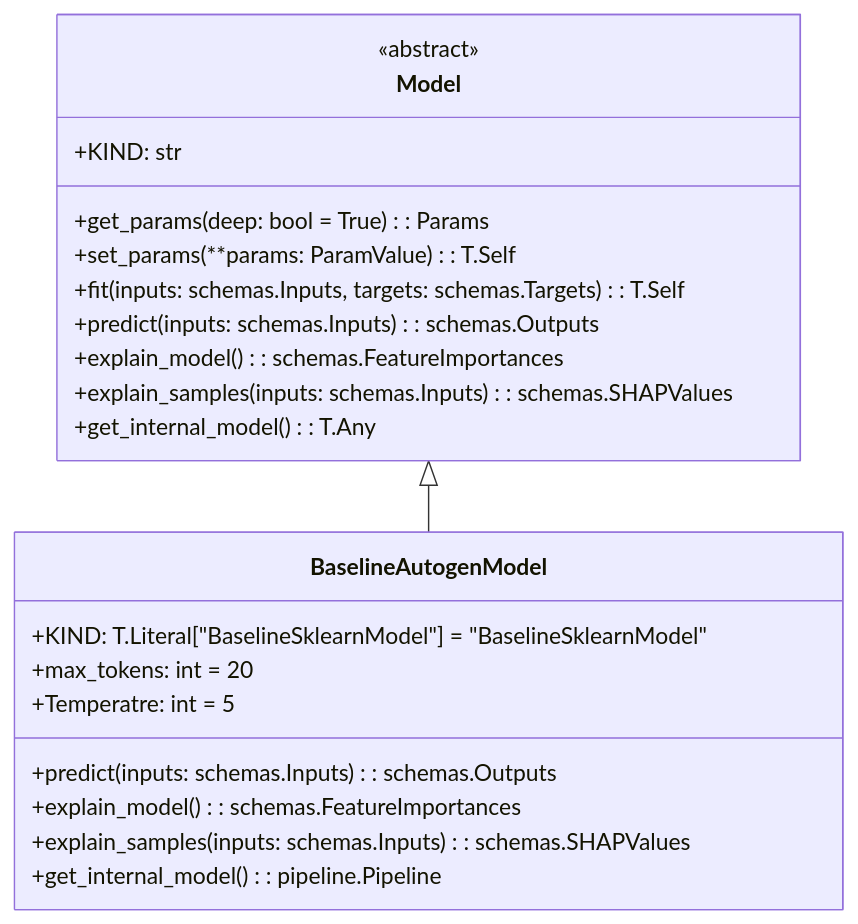
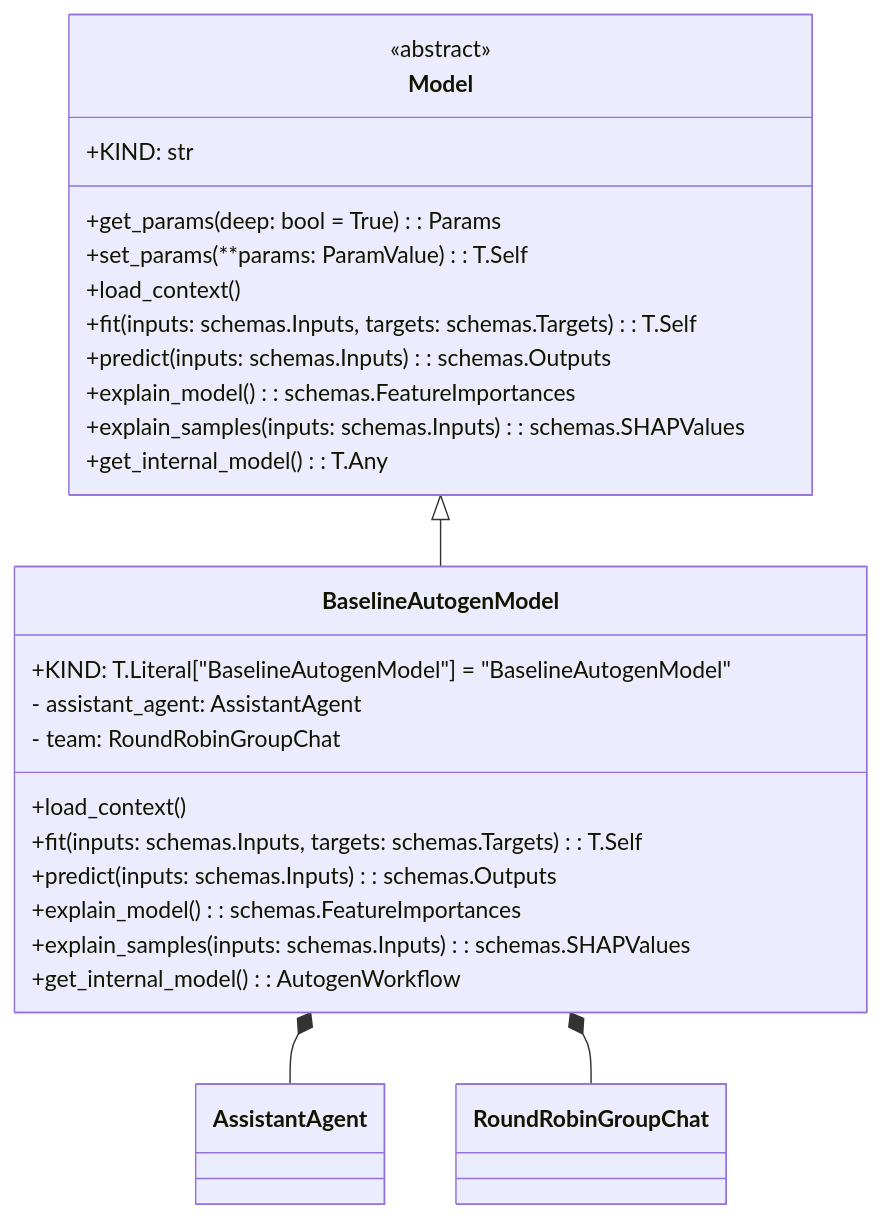
Before and after one commit to lgcorzo/llmops-python-package: the diagram in Documents/Models_stories.md, drawn with Mermaid. The commit also changed other lines of this file and 24 other files, not shown here.

Commit message:
feat: added autogen feature model

````diff
--- a/Documents/Models_stories.md
+++ b/Documents/Models_stories.md
@@ -14,30 +14,36 @@
 ```mermaid
 classDiagram
     %% Abstract Base Class
     class Model {
         <<abstract>>
         +KIND: str
         +get_params(deep: bool = True): Params
         +set_params(**params: ParamValue): T.Self
+        +load_context()
         +fit(inputs: schemas.Inputs, targets: schemas.Targets): T.Self
         +predict(inputs: schemas.Inputs): schemas.Outputs
         +explain_model(): schemas.FeatureImportances
         +explain_samples(inputs: schemas.Inputs): schemas.SHAPValues
         +get_internal_model(): T.Any
     }
 
     %% Derived Class
     class BaselineAutogenModel {
-        +KIND: T.Literal["BaselineSklearnModel"] = "BaselineSklearnModel"
-        +max_tokens: int = 20
-        +Temperatre: int = 5
+        +KIND: T.Literal["BaselineAutogenModel"] = "BaselineAutogenModel"
+        - assistant_agent: AssistantAgent
+        - team: RoundRobinGroupChat
+        +load_context()
+        +fit(inputs: schemas.Inputs, targets: schemas.Targets): T.Self
         +predict(inputs: schemas.Inputs): schemas.Outputs
         +explain_model(): schemas.FeatureImportances
         +explain_samples(inputs: schemas.Inputs): schemas.SHAPValues
-        +get_internal_model(): pipeline.Pipeline
+        +get_internal_model(): AutogenWorkflow
     }
 
-    %% Relationships
+   %% Relationships
+    BaselineAutogenModel *-- AssistantAgent : 
+    BaselineAutogenModel *-- RoundRobinGroupChat : 
+
     Model <|-- BaselineAutogenModel
 
 ```
````
